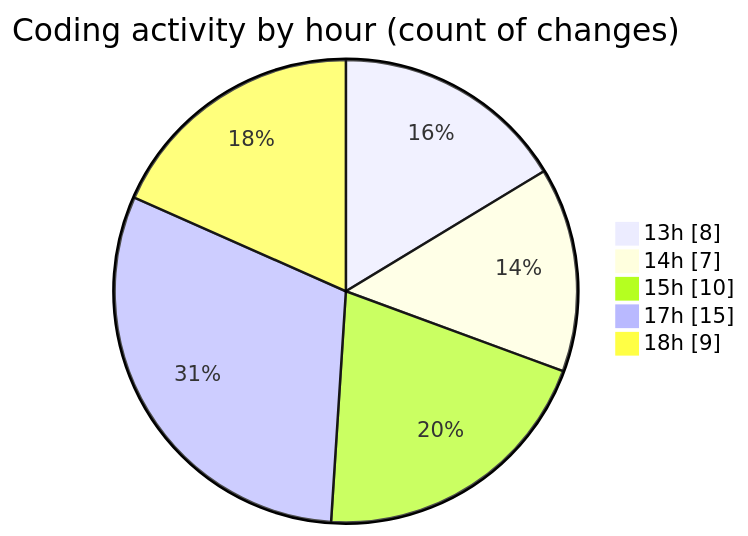
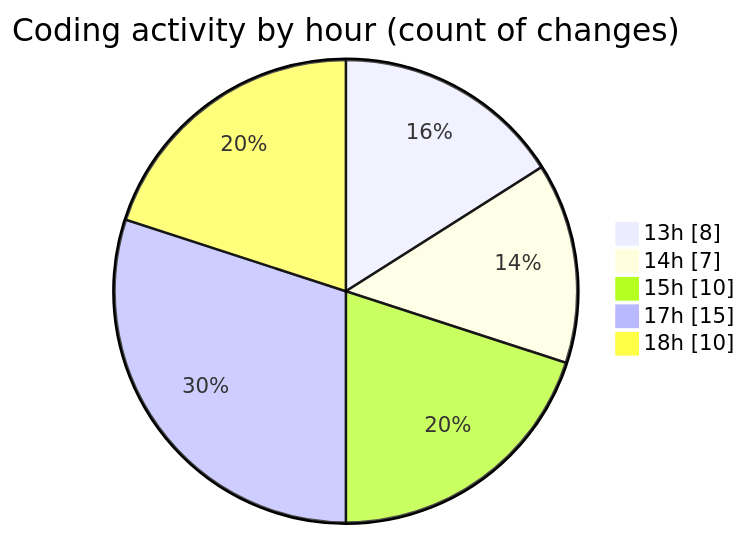
Before and after one commit to BS-eng2023/code-tracking: the second of 2 diagrams in 2025-04-03/jsvms/README.md, drawn with Mermaid. The commit also changed other lines of this file and 1 other file, not shown here.

````diff
--- a/2025-04-03/jsvms/README.md
+++ b/2025-04-03/jsvms/README.md
@@ -39,9 +39,9 @@
 ```mermaid
 pie showData
 title Coding activity by hour (count of changes)
 "13h" : 8
 "14h" : 7
 "15h" : 10
 "17h" : 15
-"18h" : 9
+"18h" : 10
 ```
````
